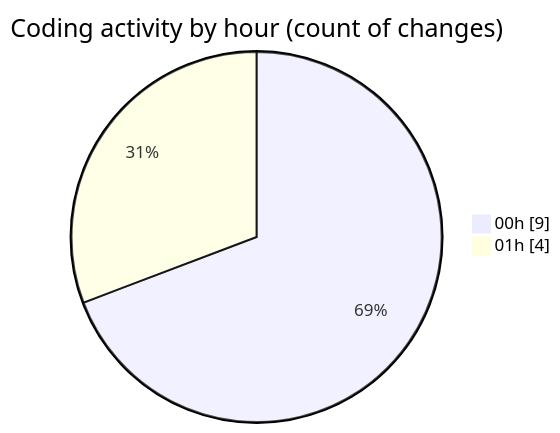
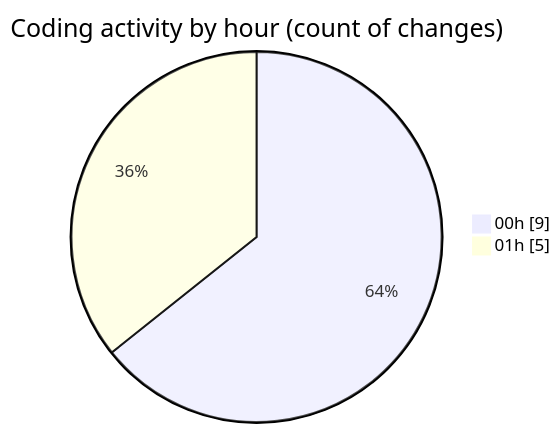
The second of 2 diagrams in 2025-08-05/studybuddy/README.md (lephambinh05/code-tracking), drawn with Mermaid before and after one commit. The commit also changed other lines of this file and 1 other file, not shown here.

````diff
--- a/2025-08-05/studybuddy/README.md
+++ b/2025-08-05/studybuddy/README.md
@@ -30,6 +30,6 @@
 ```mermaid
 pie showData
 title Coding activity by hour (count of changes)
 "00h" : 9
-"01h" : 4
+"01h" : 5
 ```
````
